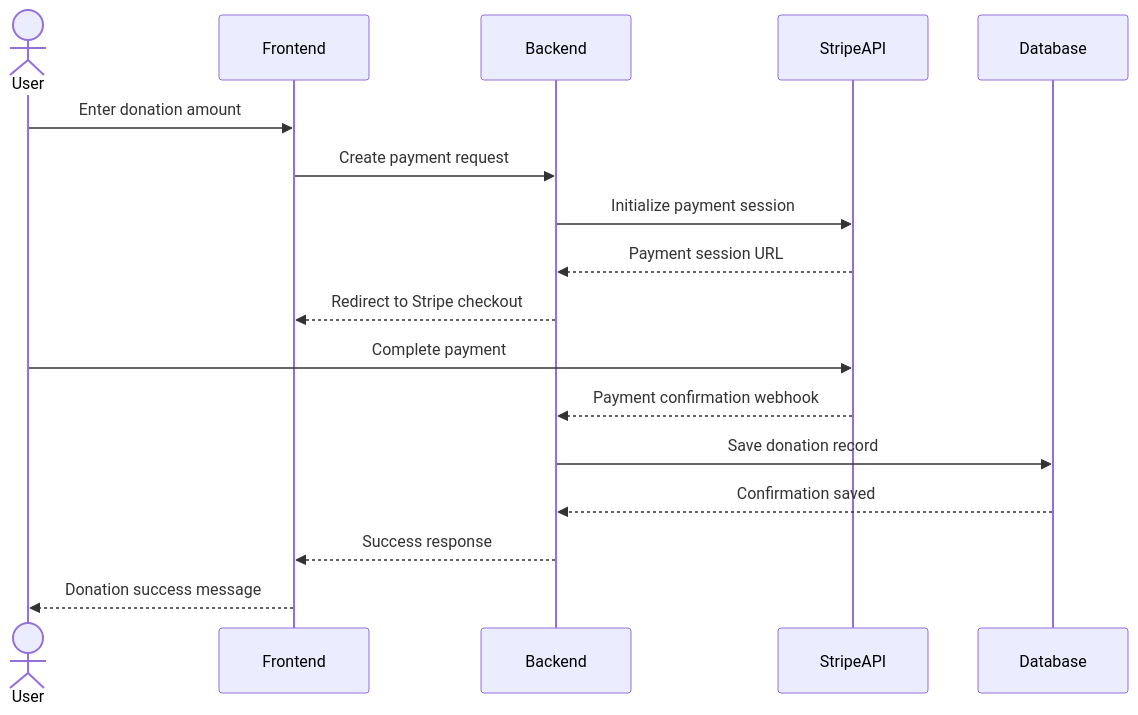
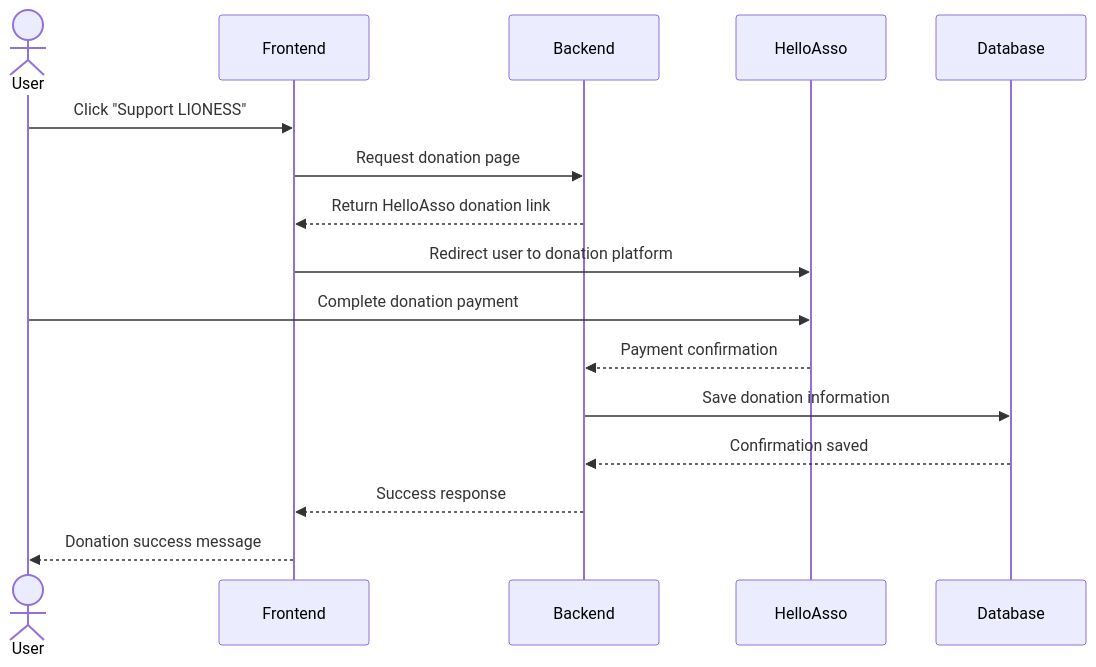
Before and after one commit to Gigi-Corlay/portfolioLionessMagazine: the fourth of 4 diagrams in README.md, drawn with Mermaid. The commit also changed other lines of this file, not shown here.

First line of the commit message:
Replace Stripe with HelloAsso for donations

````diff
--- a/README.md
+++ b/README.md
@@ -201,22 +138,24 @@
 ```mermaid
 sequenceDiagram
 
 actor User
 participant Frontend
 participant Backend
-participant StripeAPI
+participant HelloAsso
 participant Database
 
-User->>Frontend: Enter donation amount
-Frontend->>Backend: Create payment request
-Backend->>StripeAPI: Initialize payment session
-StripeAPI-->>Backend: Payment session URL
-Backend-->>Frontend: Redirect to Stripe checkout
+User->>Frontend: Click "Support LIONESS"
+Frontend->>Backend: Request donation page
+Backend-->>Frontend: Return HelloAsso donation link
 
-User->>StripeAPI: Complete payment
-StripeAPI-->>Backend: Payment confirmation webhook
-Backend->>Database: Save donation record
+Frontend->>HelloAsso: Redirect user to donation platform
+
+User->>HelloAsso: Complete donation payment
+
+HelloAsso-->>Backend: Payment confirmation
+Backend->>Database: Save donation information
+
 Database-->>Backend: Confirmation saved
 Backend-->>Frontend: Success response
 Frontend-->>User: Donation success message
 ```
````
